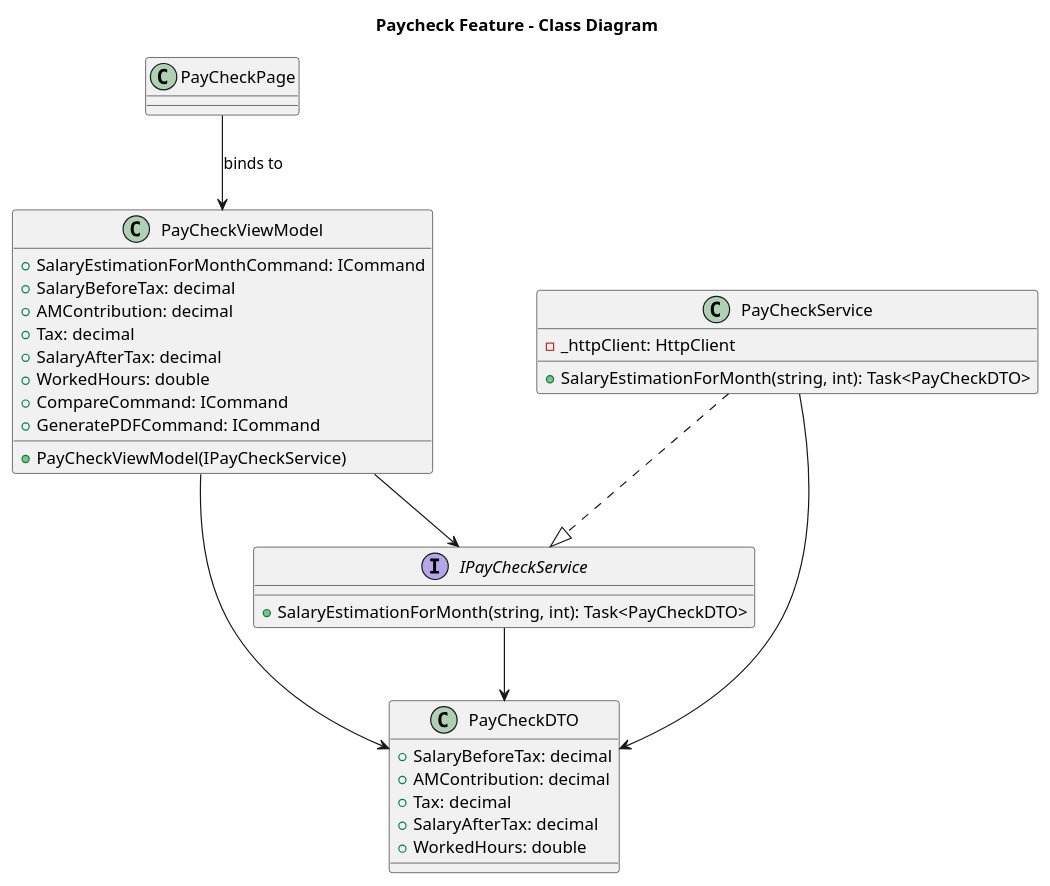
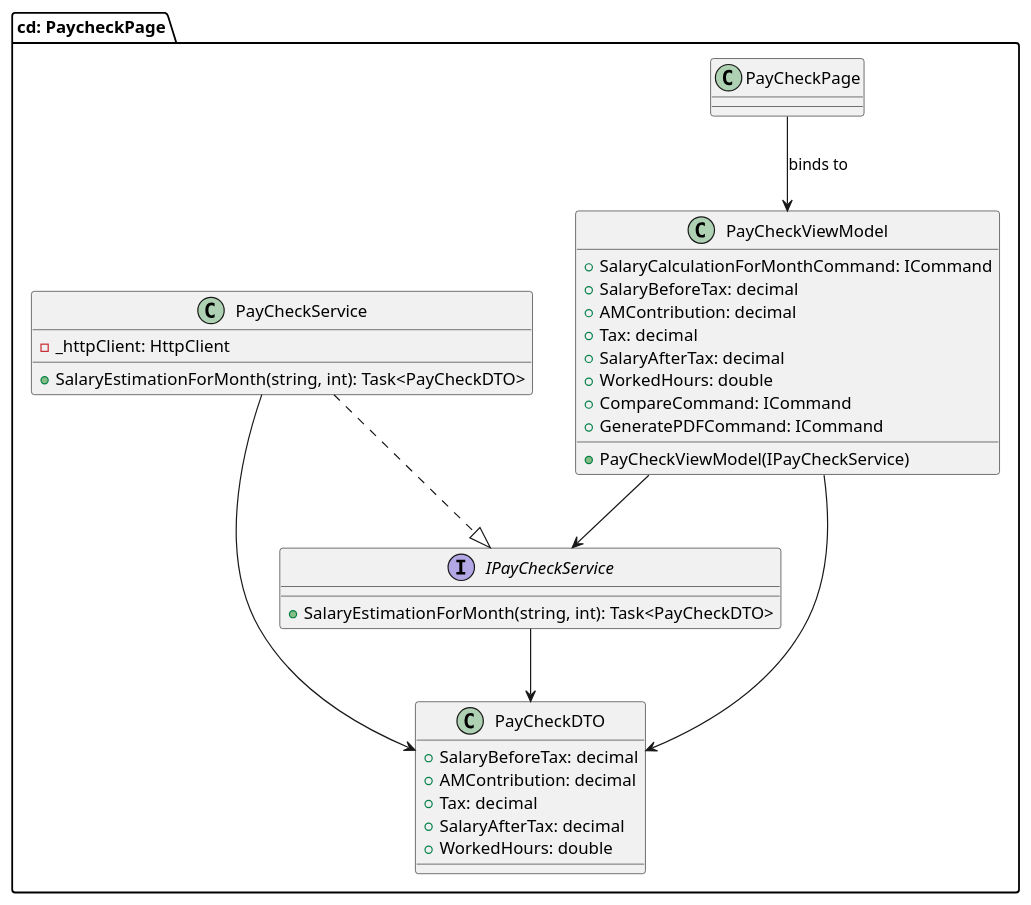
One commit to a-chiha/FinanceTrackerBackend changed the diagram in diagrams/maui/paycheck.puml. Above: the diagram before and after it, drawn with PlantUML. The commit also changed other lines of this file and 18 other files, not shown here.

```diff
--- a/diagrams/maui/paycheck.puml
+++ b/diagrams/maui/paycheck.puml
@@ -1,49 +1,50 @@
 @startuml
-title Paycheck Feature - Class Diagram
+package "cd: PaycheckPage" {
+
 
 ' UI Layer
 class PayCheckPage {
 }
 
 ' ViewModel
 class PayCheckViewModel {
     +PayCheckViewModel(IPayCheckService)
-    +SalaryEstimationForMonthCommand: ICommand
+    +SalaryCalculationForMonthCommand: ICommand
     +SalaryBeforeTax: decimal
     +AMContribution: decimal
     +Tax: decimal
     +SalaryAfterTax: decimal
     +WorkedHours: double
     + CompareCommand: ICommand
     + GeneratePDFCommand: ICommand
 }
 
 ' Service Interface
 interface IPayCheckService {
     +SalaryEstimationForMonth(string, int): Task<PayCheckDTO>
 }
 
 ' Service Implementation
 class PayCheckService {
     -_httpClient: HttpClient
     +SalaryEstimationForMonth(string, int): Task<PayCheckDTO>
 }
 
 ' DTO
 class PayCheckDTO {
     +SalaryBeforeTax: decimal
     +AMContribution: decimal
     +Tax: decimal
     +SalaryAfterTax: decimal
     +WorkedHours: double
 }
 
 ' Relationships
 PayCheckPage --> PayCheckViewModel : binds to
 PayCheckViewModel --> IPayCheckService
 PayCheckService ..|> IPayCheckService
 PayCheckService --> PayCheckDTO
 PayCheckViewModel --> PayCheckDTO
 IPayCheckService --> PayCheckDTO
 
 @enduml
```
